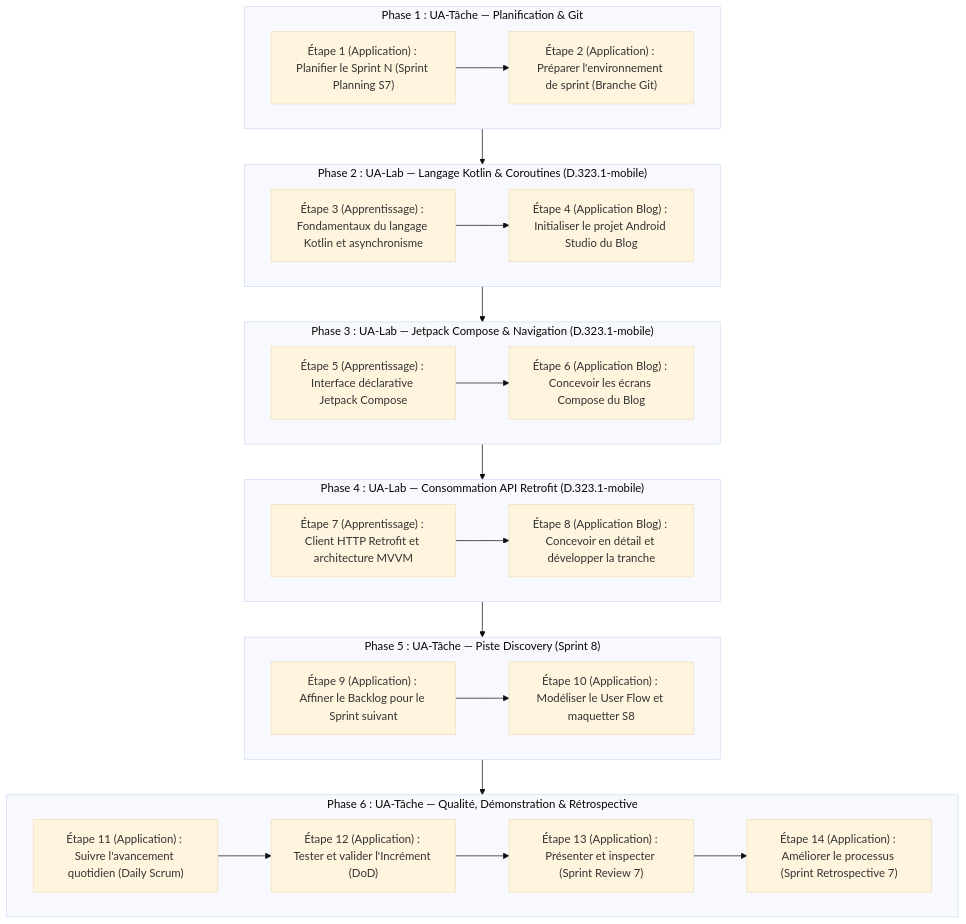
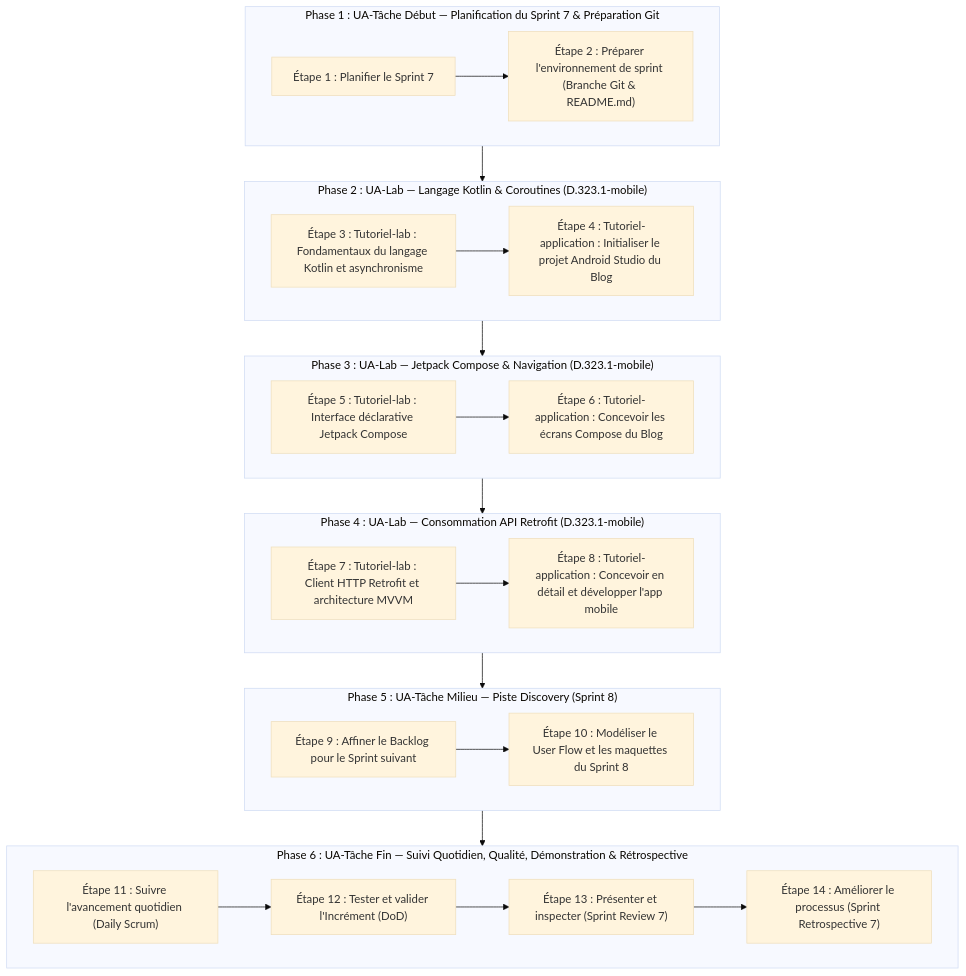
One commit to labs-web/projet-imiation-n3 changed the diagram in flux-travail/sessions/flux-travail-s7.md. Above: the diagram before and after it, drawn with Mermaid (base theme). The commit also changed other lines of this file and 9 other files, not shown here.

````diff
--- a/flux-travail/sessions/flux-travail-s7.md
+++ b/flux-travail/sessions/flux-travail-s7.md
@@ -56,42 +56,42 @@
 ```mermaid
 flowchart TD
-    subgraph P1 ["Phase 1 : UA-Tâche — Planification & Git"]
-        E1["Étape 1 (Application) : Planifier le Sprint N (Sprint Planning S7)"]
-        E2["Étape 2 (Application) : Préparer l'environnement de sprint (Branche Git)"]
+    subgraph P1 ["Phase 1 : UA-Tâche Début — Planification du Sprint 7 & Préparation Git"]
+        E1["Étape 1 : Planifier le Sprint 7"]
+        E2["Étape 2 : Préparer l'environnement de sprint (Branche Git & README.md)"]
         E1 --> E2
     end
 
     subgraph P2 ["Phase 2 : UA-Lab — Langage Kotlin & Coroutines (D.323.1-mobile)"]
-        E3["Étape 3 (Apprentissage) : Fondamentaux du langage Kotlin et asynchronisme"]
-        E4["Étape 4 (Application Blog) : Initialiser le projet Android Studio du Blog"]
+        E3["Étape 3 : Tutoriel-lab : Fondamentaux du langage Kotlin et asynchronisme"]
+        E4["Étape 4 : Tutoriel-application : Initialiser le projet Android Studio du Blog"]
         E3 --> E4
     end
 
     subgraph P3 ["Phase 3 : UA-Lab — Jetpack Compose & Navigation (D.323.1-mobile)"]
-        E5["Étape 5 (Apprentissage) : Interface déclarative Jetpack Compose"]
-        E6["Étape 6 (Application Blog) : Concevoir les écrans Compose du Blog"]
+        E5["Étape 5 : Tutoriel-lab : Interface déclarative Jetpack Compose"]
+        E6["Étape 6 : Tutoriel-application : Concevoir les écrans Compose du Blog"]
         E5 --> E6
     end
 
     subgraph P4 ["Phase 4 : UA-Lab — Consommation API Retrofit (D.323.1-mobile)"]
-        E7["Étape 7 (Apprentissage) : Client HTTP Retrofit et architecture MVVM"]
-        E8["Étape 8 (Application Blog) : Concevoir en détail et développer la tranche"]
+        E7["Étape 7 : Tutoriel-lab : Client HTTP Retrofit et architecture MVVM"]
+        E8["Étape 8 : Tutoriel-application : Concevoir en détail et développer l'app mobile"]
         E7 --> E8
     end
 
-    subgraph P5 ["Phase 5 : UA-Tâche — Piste Discovery (Sprint 8)"]
-        E9["Étape 9 (Application) : Affiner le Backlog pour le Sprint suivant"]
-        E10["Étape 10 (Application) : Modéliser le User Flow et maquetter S8"]
+    subgraph P5 ["Phase 5 : UA-Tâche Milieu — Piste Discovery (Sprint 8)"]
+        E9["Étape 9 : Affiner le Backlog pour le Sprint suivant"]
+        E10["Étape 10 : Modéliser le User Flow et les maquettes du Sprint 8"]
         E9 --> E10
     end
 
-    subgraph P6 ["Phase 6 : UA-Tâche — Qualité, Démonstration & Rétrospective"]
-        E11["Étape 11 (Application) : Suivre l'avancement quotidien (Daily Scrum)"]
-        E12["Étape 12 (Application) : Tester et valider l'Incrément (DoD)"]
-        E13["Étape 13 (Application) : Présenter et inspecter (Sprint Review 7)"]
-        E14["Étape 14 (Application) : Améliorer le processus (Sprint Retrospective 7)"]
+    subgraph P6 ["Phase 6 : UA-Tâche Fin — Suivi Quotidien, Qualité, Démonstration & Rétrospective"]
+        E11["Étape 11 : Suivre l'avancement quotidien (Daily Scrum)"]
+        E12["Étape 12 : Tester et valider l'Incrément (DoD)"]
+        E13["Étape 13 : Présenter et inspecter (Sprint Review 7)"]
+        E14["Étape 14 : Améliorer le processus (Sprint Retrospective 7)"]
         E11 --> E12 --> E13 --> E14
     end
 
     P1 --> P2 --> P3 --> P4 --> P5 --> P6
 ```
````
